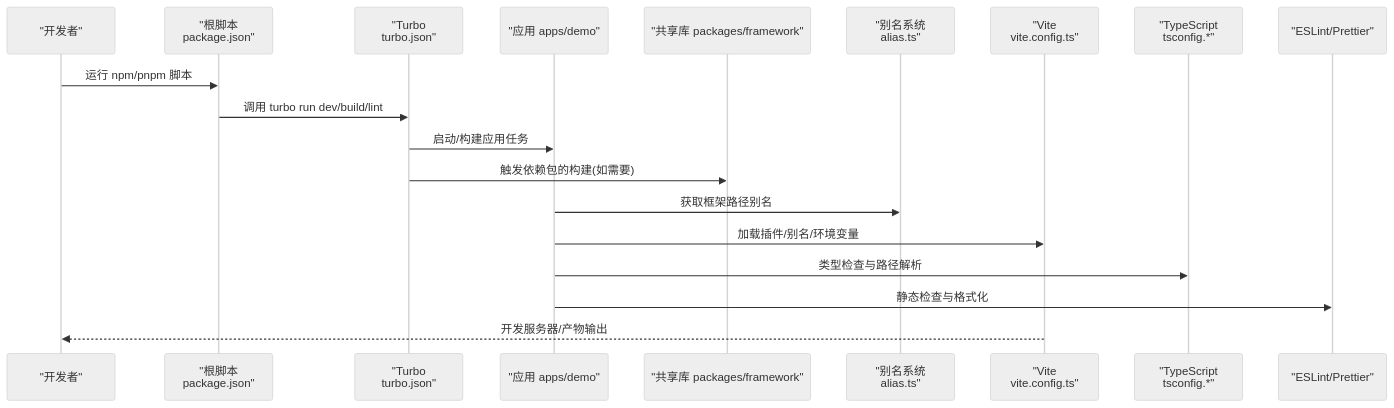
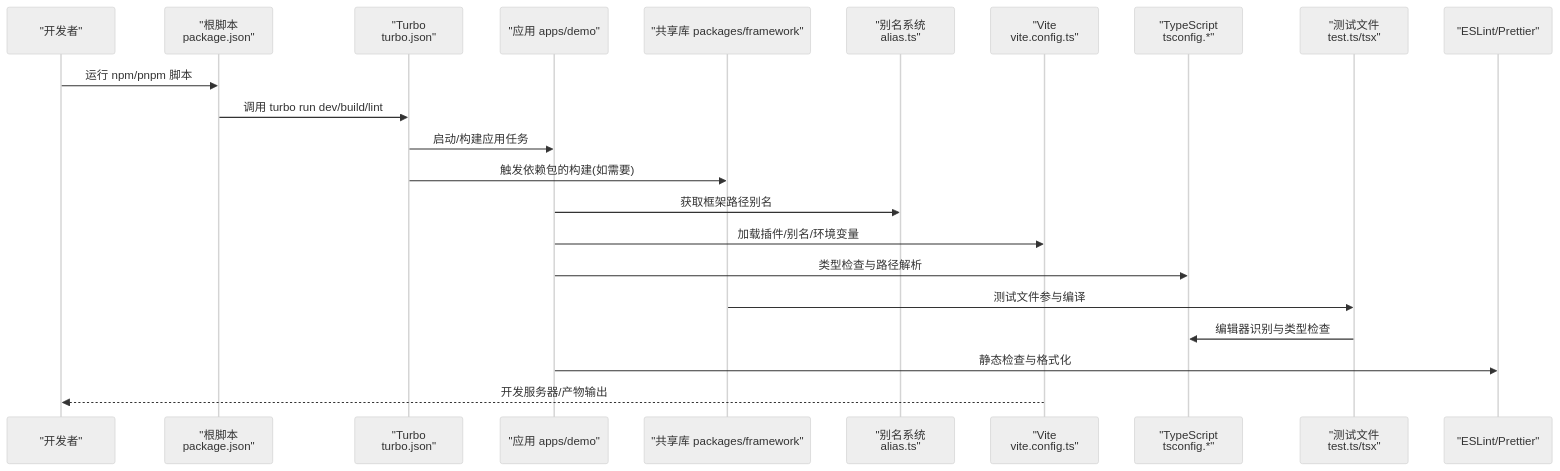
The second of 9 diagrams in .qoder/repowiki/zh/content/开发工具/开发工具.md (liqiongke/FrontArk), drawn with Mermaid (neutral theme) before and after one commit. The commit also changed other lines of this file and 17 other files, not shown here.

````diff
--- a/.qoder/repowiki/zh/content/开发工具/开发工具.md
+++ b/.qoder/repowiki/zh/content/开发工具/开发工具.md
@@ -99,21 +104,24 @@
 ```mermaid
 sequenceDiagram
 participant Dev as "开发者"
 participant Root as "根脚本<br/>package.json"
 participant Turbo as "Turbo<br/>turbo.json"
 participant App as "应用 apps/demo"
 participant Lib as "共享库 packages/framework"
 participant Alias as "别名系统<br/>alias.ts"
 participant Vite as "Vite<br/>vite.config.ts"
 participant TSC as "TypeScript<br/>tsconfig.*"
+participant Test as "测试文件<br/>test.ts/tsx"
 participant Lint as "ESLint/Prettier"
 Dev->>Root : 运行 npm/pnpm 脚本
 Root->>Turbo : 调用 turbo run dev/build/lint
 Turbo->>App : 启动/构建应用任务
 Turbo->>Lib : 触发依赖包的构建(如需要)
 App->>Alias : 获取框架路径别名
 App->>Vite : 加载插件/别名/环境变量
 App->>TSC : 类型检查与路径解析
+Lib->>Test : 测试文件参与编译
+Test->>TSC : 编辑器识别与类型检查
 App->>Lint : 静态检查与格式化
 Vite-->>Dev : 开发服务器/产物输出
 ```
````
